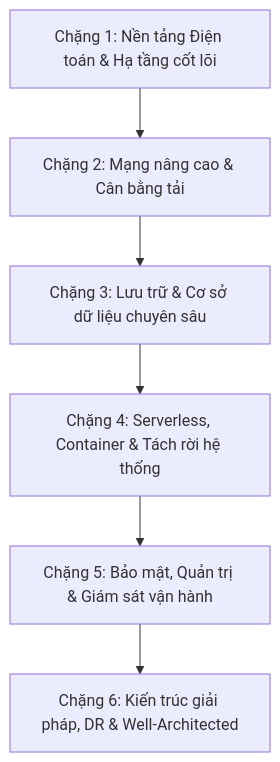
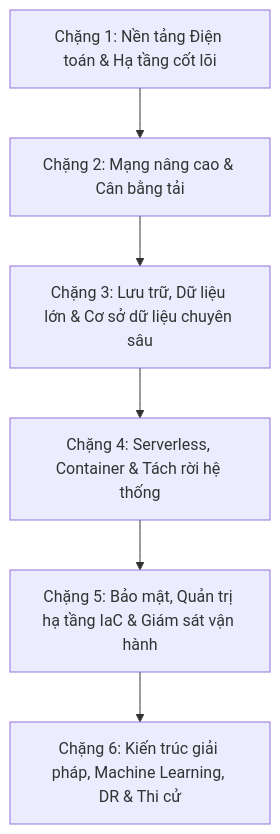
One commit to nhatphanhk/AWS_XBrain_Note changed the diagram in README.md. Above: the diagram before and after it, drawn with Mermaid. The commit also changed other lines of this file and 50 other files, not shown here.

````diff
--- a/README.md
+++ b/README.md
@@ -192,8 +172,8 @@
 ```mermaid
 flowchart TD
     A[Chặng 1: Nền tảng Điện toán & Hạ tầng cốt lõi] --> B[Chặng 2: Mạng nâng cao & Cân bằng tải]
-    B --> C[Chặng 3: Lưu trữ & Cơ sở dữ liệu chuyên sâu]
+    B --> C[Chặng 3: Lưu trữ, Dữ liệu lớn & Cơ sở dữ liệu chuyên sâu]
     C --> D[Chặng 4: Serverless, Container & Tách rời hệ thống]
-    D --> E[Chặng 5: Bảo mật, Quản trị & Giám sát vận hành]
-    E --> F[Chặng 6: Kiến trúc giải pháp, DR & Well-Architected]
+    D --> E[Chặng 5: Bảo mật, Quản trị hạ tầng IaC & Giám sát vận hành]
+    E --> F[Chặng 6: Kiến trúc giải pháp, Machine Learning, DR & Thi cử]
 ```
````
